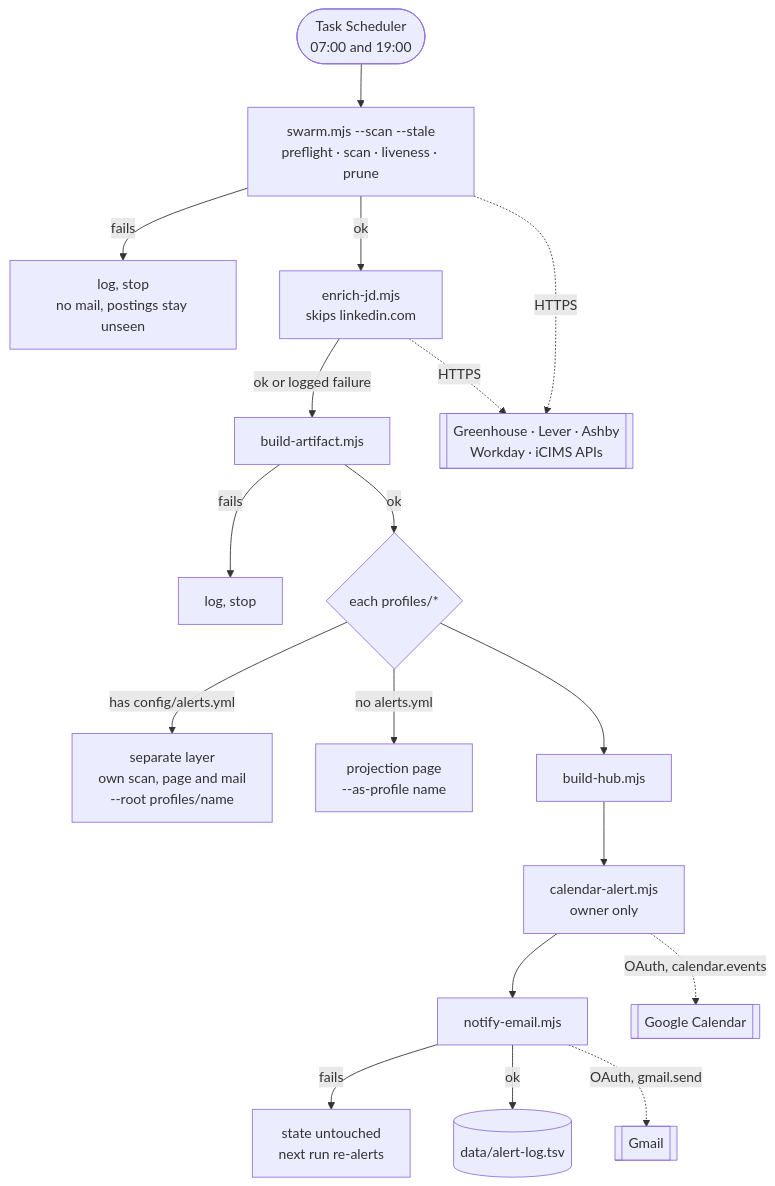
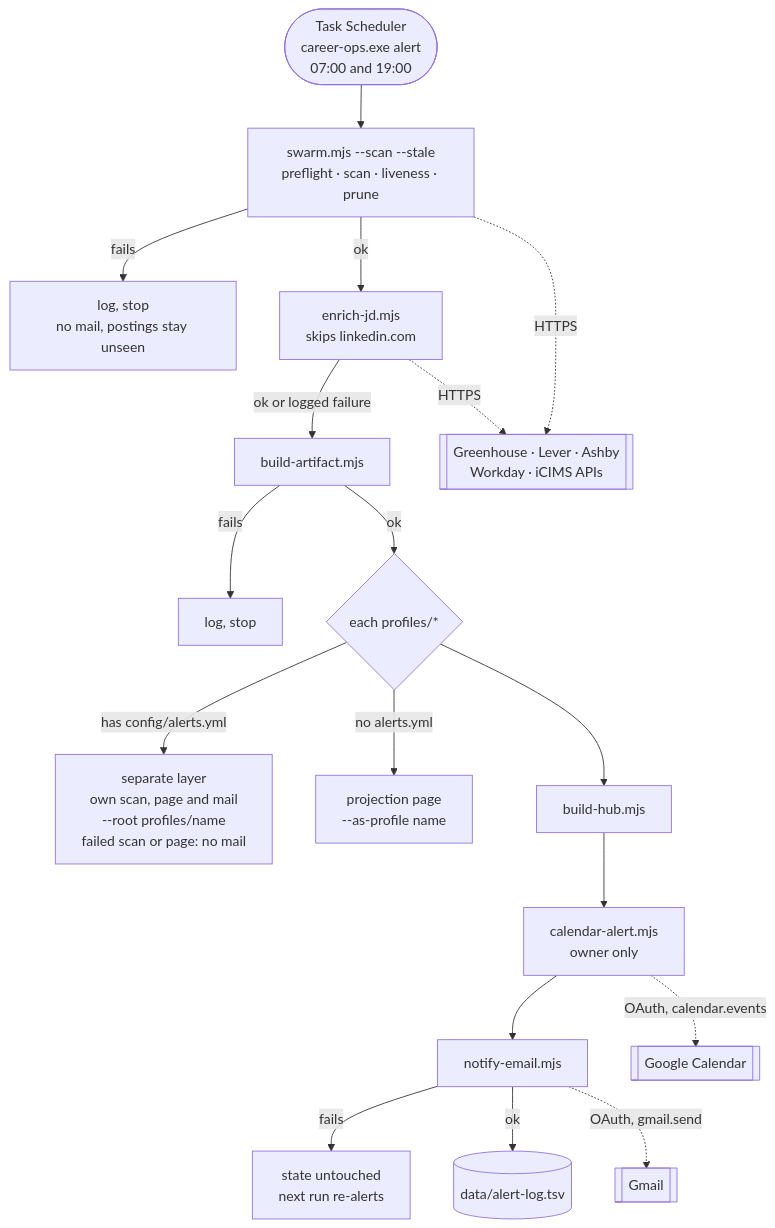
One commit to atramUCSD/career-ops changed the second of 4 diagrams in docs/END_TO_END.md. Above: the diagram before and after it, drawn with Mermaid. The commit also changed other lines of this file and 1 other file, not shown here.

````diff
--- a/docs/END_TO_END.md
+++ b/docs/END_TO_END.md
@@ -103,21 +117,21 @@
 ```mermaid
 flowchart TB
-  start(["Task Scheduler<br/>07:00 and 19:00"]) --> swarm
+  start(["Task Scheduler<br/>career-ops.exe alert<br/>07:00 and 19:00"]) --> swarm
   swarm["swarm.mjs --scan --stale<br/>preflight · scan · liveness · prune"]
   swarm -- "fails" --> stopA["log, stop<br/>no mail, postings stay unseen"]
   swarm -- "ok" --> enrich["enrich-jd.mjs<br/>skips linkedin.com"]
   enrich -- "ok or logged failure" --> build["build-artifact.mjs"]
   build -- "fails" --> stopB["log, stop"]
   build -- "ok" --> loop{"each profiles/*"}
-  loop -- "has config/alerts.yml" --> sep["separate layer<br/>own scan, page and mail<br/>--root profiles/name"]
+  loop -- "has config/alerts.yml" --> sep["separate layer<br/>own scan, page and mail<br/>--root profiles/name<br/>failed scan or page: no mail"]
   loop -- "no alerts.yml" --> proj["projection page<br/>--as-profile name"]
   loop --> hub["build-hub.mjs"]
   hub --> calA["calendar-alert.mjs<br/>owner only"]
   calA --> mailA["notify-email.mjs"]
   mailA -- "fails" --> stopC["state untouched<br/>next run re-alerts"]
   mailA -- "ok" --> log[("data/alert-log.tsv")]
   swarm -. "HTTPS" .-> ats[["Greenhouse · Lever · Ashby<br/>Workday · iCIMS APIs"]]
   enrich -. "HTTPS" .-> ats
   calA -. "OAuth, calendar.events" .-> gcal[["Google Calendar"]]
   mailA -. "OAuth, gmail.send" .-> gmail[["Gmail"]]
 ```
````
